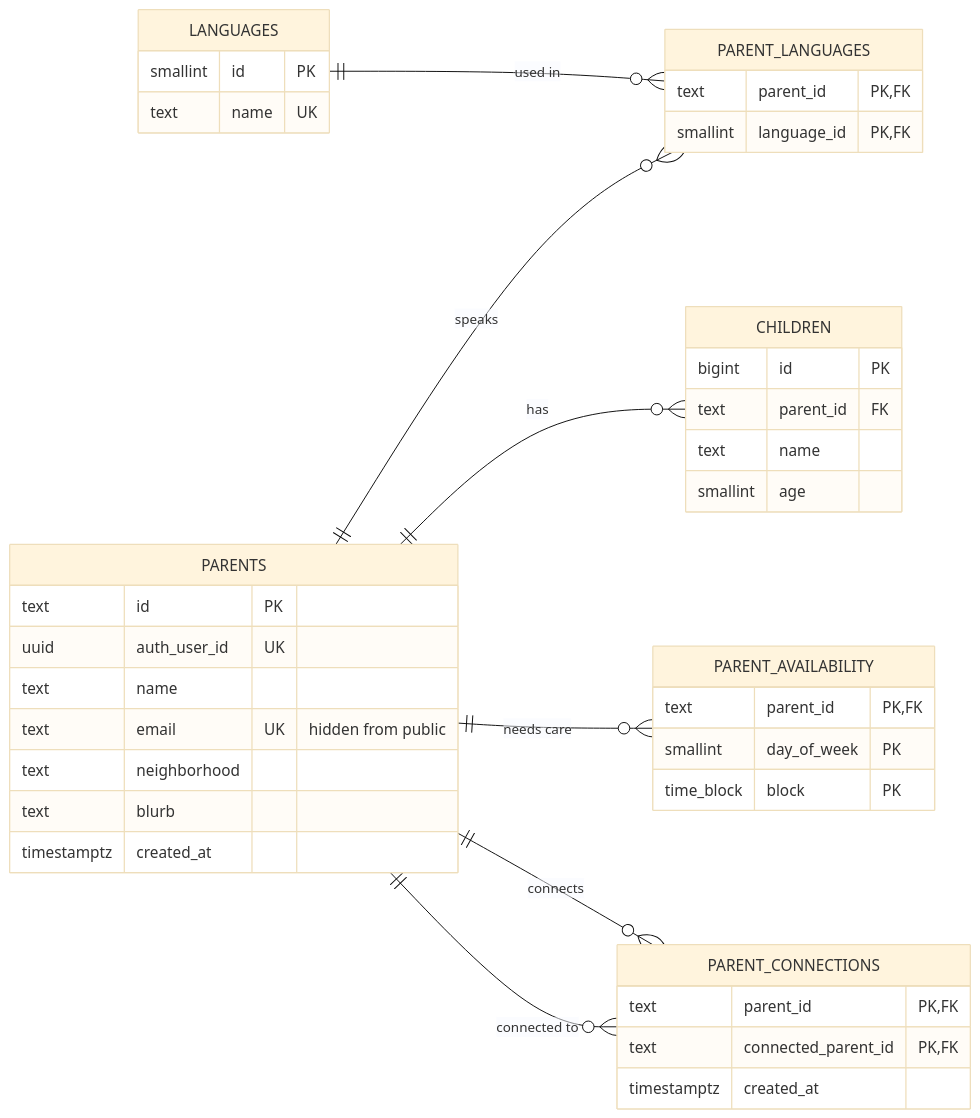
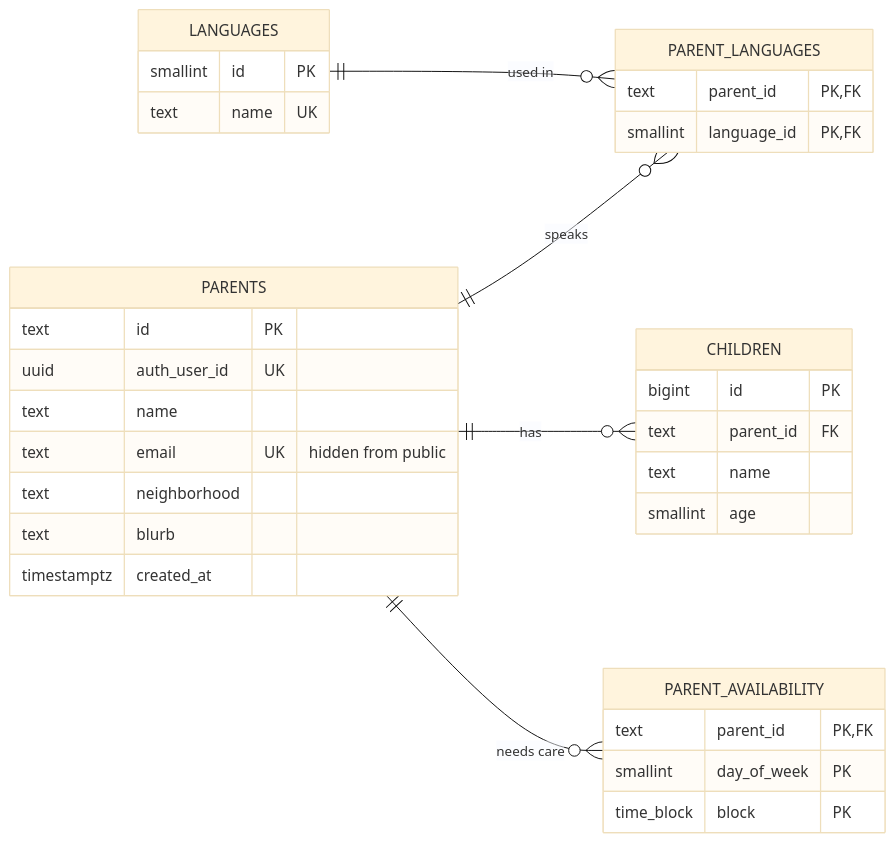
Before and after one commit to IS-Junior-Core-3-5/CareConnect: the diagram in docs/erd-1-parents.mmd, drawn with Mermaid (base theme). The commit also changed 23 other files, not shown here.

First line of the commit message:
Remove message board and parent connections

```diff
--- a/docs/erd-1-parents.mmd
+++ b/docs/erd-1-parents.mmd
@@ -1,41 +1,34 @@
 erDiagram
   direction LR
   LANGUAGES ||--o{ PARENT_LANGUAGES : "used in"
   PARENTS ||--o{ PARENT_LANGUAGES : "speaks"
   PARENTS ||--o{ CHILDREN : "has"
   PARENTS ||--o{ PARENT_AVAILABILITY : "needs care"
-  PARENTS ||--o{ PARENT_CONNECTIONS : "connects"
-  PARENTS ||--o{ PARENT_CONNECTIONS : "connected to"
   PARENTS {
     text id PK
     uuid auth_user_id UK
     text name
     text email UK "hidden from public"
     text neighborhood
     text blurb
     timestamptz created_at
   }
   CHILDREN {
     bigint id PK
     text parent_id FK
     text name
     smallint age
   }
   PARENT_AVAILABILITY {
     text parent_id PK,FK
     smallint day_of_week PK
     time_block block PK
   }
   PARENT_LANGUAGES {
     text parent_id PK,FK
     smallint language_id PK,FK
   }
   LANGUAGES {
     smallint id PK
     text name UK
   }
-  PARENT_CONNECTIONS {
-    text parent_id PK,FK
-    text connected_parent_id PK,FK
-    timestamptz created_at
-  }
```
